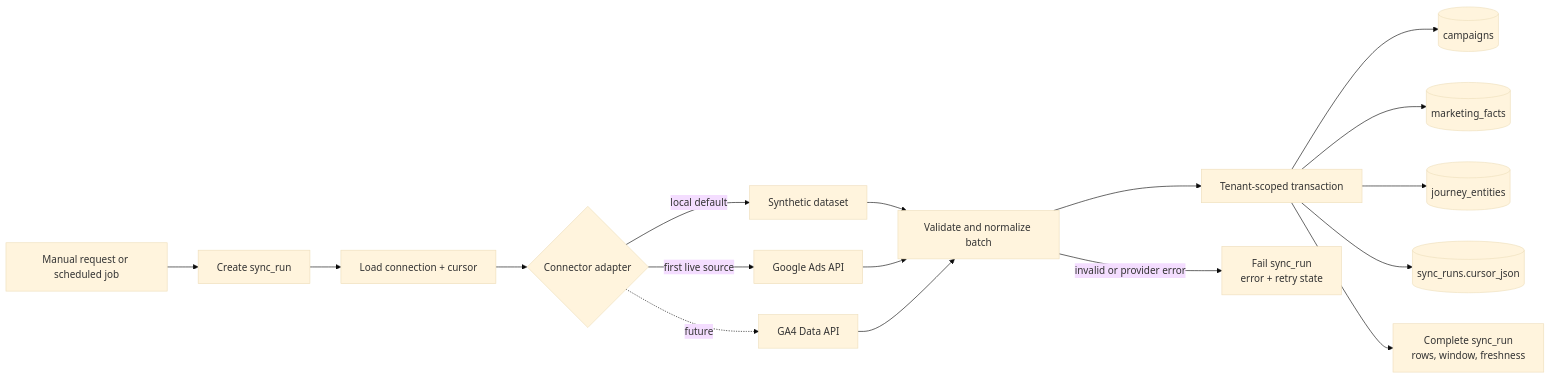
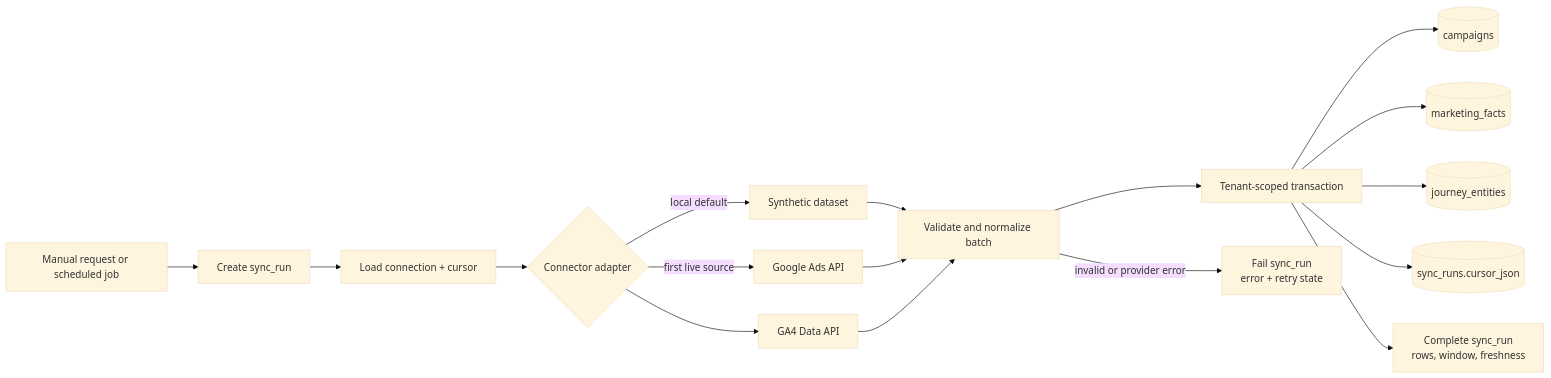
One commit to predictivelabsai/fastfunnel changed the fifth of 10 diagrams in docs/architecture_readme.md. Above: the diagram before and after it, drawn with Mermaid (base theme). The commit also changed other lines of this file and 20 other files, not shown here.

````diff
--- a/docs/architecture_readme.md
+++ b/docs/architecture_readme.md
@@ -236,19 +316,19 @@
 ```mermaid
 flowchart LR
     Trigger["Manual request or scheduled job"] --> CreateRun["Create sync_run"]
     CreateRun --> ReadCursor["Load connection + cursor"]
     ReadCursor --> Adapter{"Connector adapter"}
     Adapter -->|local default| Synthetic["Synthetic dataset"]
     Adapter -->|first live source| Ads["Google Ads API"]
-    Adapter -. future .-> Analytics["GA4 Data API"]
+    Adapter --> Analytics["GA4 Data API"]
     Synthetic --> Normalize["Validate and normalize batch"]
     Ads --> Normalize
     Analytics --> Normalize
     Normalize --> Transaction["Tenant-scoped transaction"]
     Transaction --> Campaigns[("campaigns")]
     Transaction --> Facts[("marketing_facts")]
     Transaction --> Journeys[("journey_entities")]
     Transaction --> Cursor[("sync_runs.cursor_json")]
     Transaction --> Complete["Complete sync_run<br/>rows, window, freshness"]
     Normalize -->|invalid or provider error| Failed["Fail sync_run<br/>error + retry state"]
 ```
````
